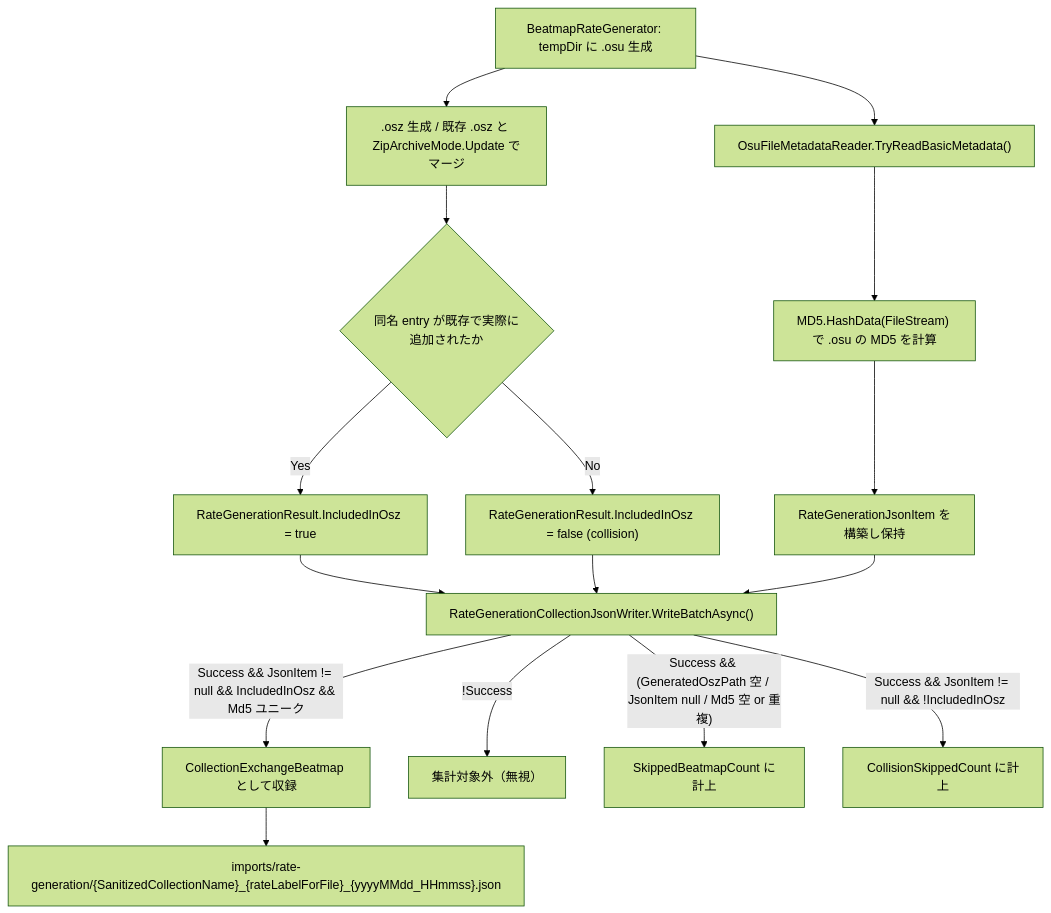
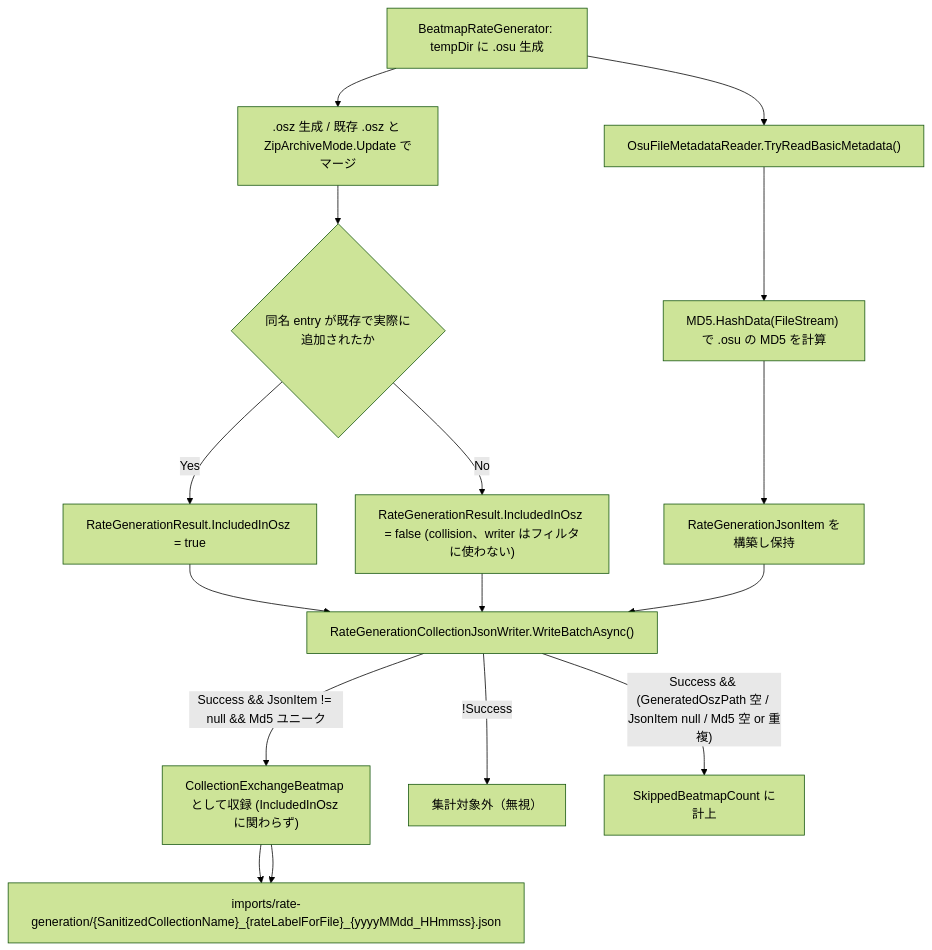
Diagram 24 of 24 in docs/DATA_FLOW.md (rice5941/NakuruTool_Avalonia_AOT), drawn with Mermaid (forest theme) before and after one commit. The commit also changed 19 other files, not shown here.

````diff
--- a/docs/DATA_FLOW.md
+++ b/docs/DATA_FLOW.md
@@ -969,19 +969,19 @@
 ```mermaid
 flowchart TD
     G["BeatmapRateGenerator: tempDir に .osu 生成"] --> M["OsuFileMetadataReader.TryReadBasicMetadata()"]
     M --> H["MD5.HashData(FileStream) で .osu の MD5 を計算"]
     H --> J["RateGenerationJsonItem を構築し保持"]
     G --> Z[".osz 生成 / 既存 .osz と ZipArchiveMode.Update でマージ"]
     Z --> I{"同名 entry が既存で実際に追加されたか"}
     I -->|Yes| RT["RateGenerationResult.IncludedInOsz = true"]
-    I -->|No| RF["RateGenerationResult.IncludedInOsz = false (collision)"]
+    I -->|No| RF["RateGenerationResult.IncludedInOsz = false (collision、writer はフィルタに使わない)"]
 
     RT --> W["RateGenerationCollectionJsonWriter.WriteBatchAsync()"]
     RF --> W
     J --> W
-    W -->|"Success && JsonItem != null && IncludedInOsz && Md5 ユニーク"| INC["CollectionExchangeBeatmap として収録"]
+    W -->|"Success && JsonItem != null && Md5 ユニーク"| INC["CollectionExchangeBeatmap として収録 (IncludedInOsz に関わらず)"]
     W -->|"!Success"| IGN["集計対象外（無視）"]
     W -->|"Success && (GeneratedOszPath 空 / JsonItem null / Md5 空 or 重複)"| SKP["SkippedBeatmapCount に計上"]
-    W -->|"Success && JsonItem != null && !IncludedInOsz"| COL["CollisionSkippedCount に計上"]
+    INC --> O["imports/rate-generation/{SanitizedCollectionName}_{rateLabelForFile}_{yyyyMMdd_HHmmss}.json"]
     INC --> O["imports/rate-generation/{SanitizedCollectionName}_{rateLabelForFile}_{yyyyMMdd_HHmmss}.json"]
 ```
````
